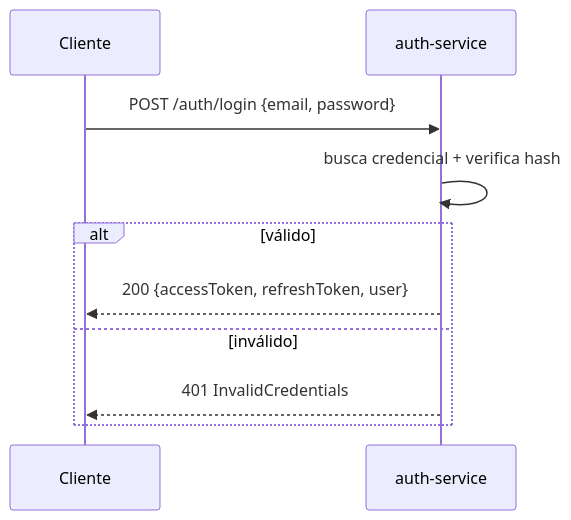
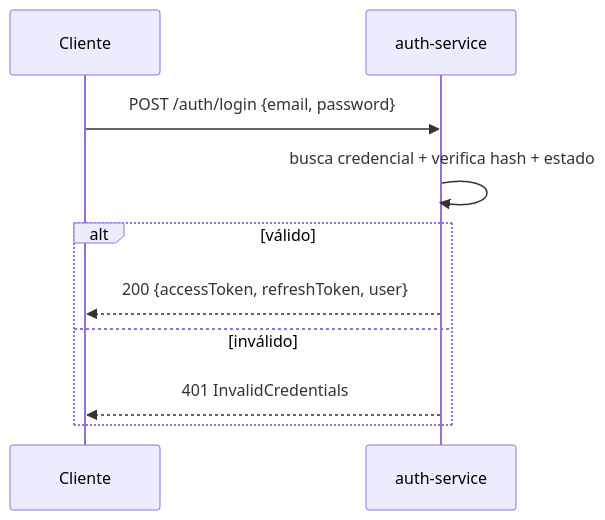
One commit to facturero/auth-service-node changed the fourth of 6 diagrams in README.md. Above: the diagram before and after it, drawn with Mermaid. The commit also changed other lines of this file and 58 other files, not shown here.

````diff
--- a/README.md
+++ b/README.md
@@ -276,12 +378,12 @@
 ```mermaid
 sequenceDiagram
     participant C as Cliente
     participant A as auth-service
     C->>A: POST /auth/login {email, password}
-    A->>A: busca credencial + verifica hash
+    A->>A: busca credencial + verifica hash + estado
     alt válido
         A-->>C: 200 {accessToken, refreshToken, user}
     else inválido
         A-->>C: 401 InvalidCredentials
     end
 ```
````
